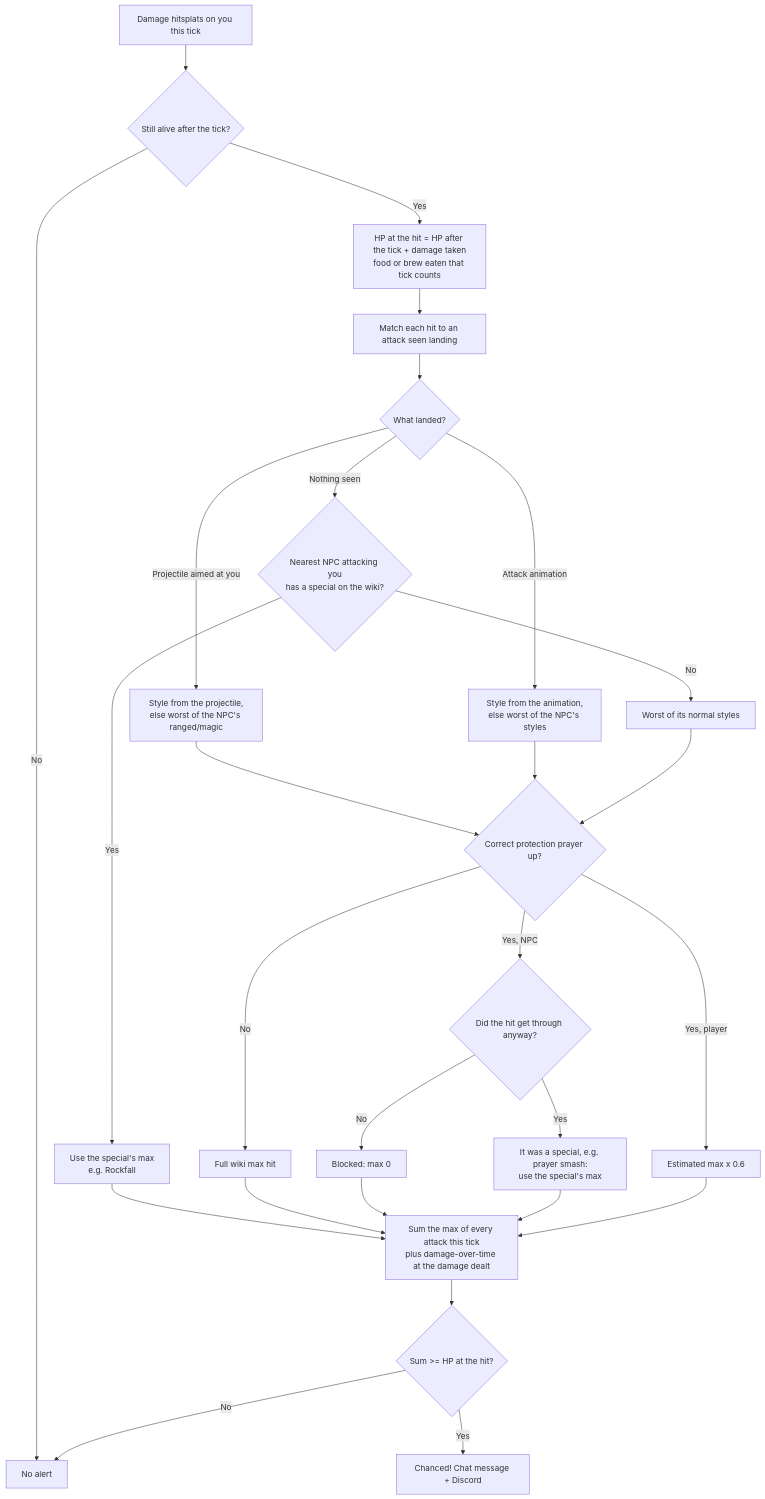
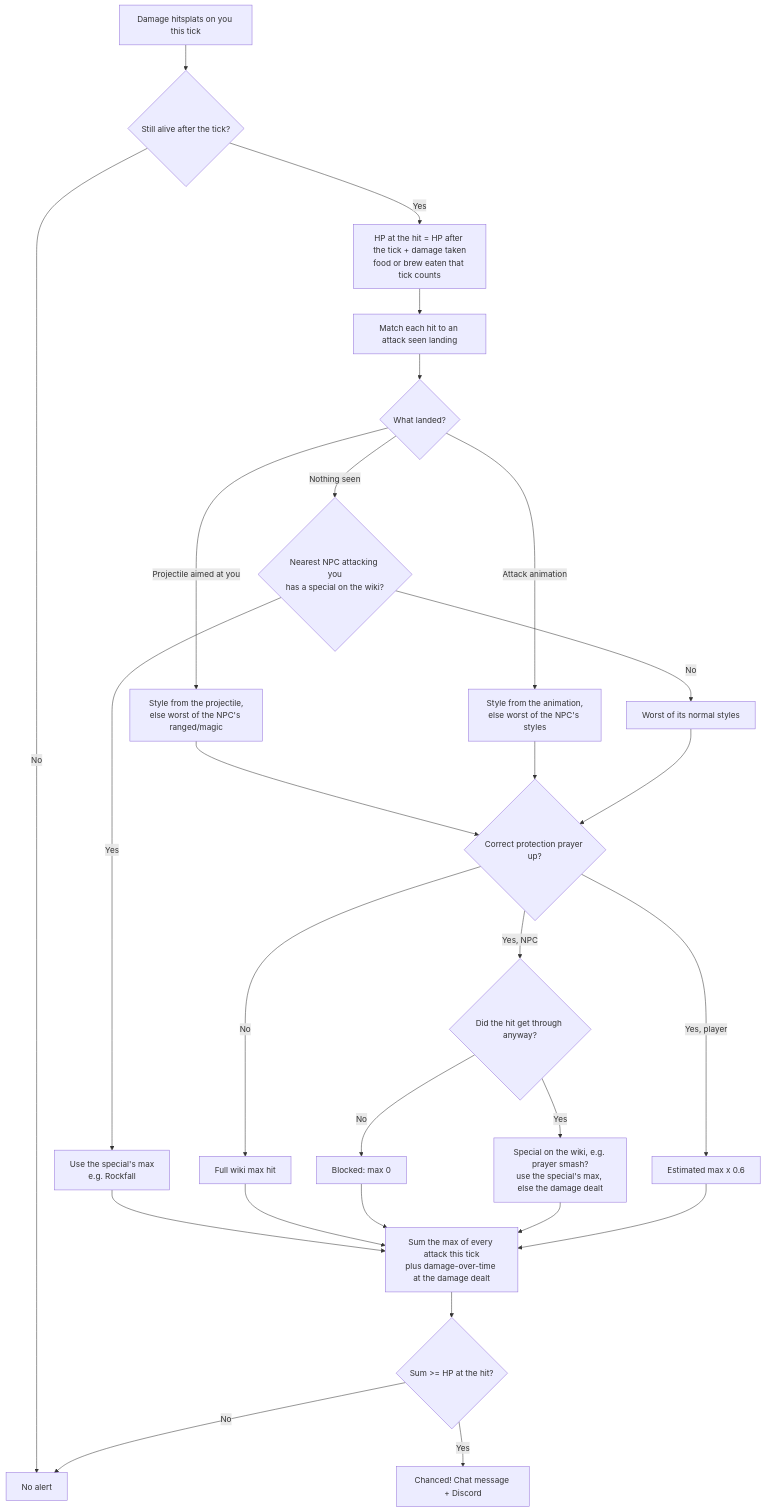
The diagram in README.md (crejaud/runelite-chanced), drawn with Mermaid before and after one commit. The commit also changed other lines of this file, not shown here.

````diff
--- a/README.md
+++ b/README.md
@@ -20,23 +20,23 @@
 ```mermaid
 flowchart TD
     A[Damage hitsplats on you this tick] --> B{Still alive after the tick?}
     B -- No --> X[No alert]
     B -- Yes --> C[HP at the hit = HP after the tick + damage taken<br/>food or brew eaten that tick counts]
     C --> D[Match each hit to an attack seen landing]
     D --> E{What landed?}
     E -- Projectile aimed at you --> F[Style from the projectile,<br/>else worst of the NPC's ranged/magic]
     E -- Attack animation --> G[Style from the animation,<br/>else worst of the NPC's styles]
     E -- Nothing seen --> H{Nearest NPC attacking you<br/>has a special on the wiki?}
     H -- Yes --> I[Use the special's max<br/>e.g. Rockfall]
     H -- No --> J[Worst of its normal styles]
     F & G & J --> L{Correct protection prayer up?}
     L -- "No" --> M[Full wiki max hit]
     L -- "Yes, NPC" --> N{Did the hit get through anyway?}
     N -- No --> O[Blocked: max 0]
-    N -- Yes --> P[It was a special, e.g. prayer smash:<br/>use the special's max]
+    N -- Yes --> P[Special on the wiki, e.g. prayer smash?<br/>use the special's max, else the damage dealt]
     L -- "Yes, player" --> Q[Estimated max x 0.6]
     I & M & O & P & Q --> R[Sum the max of every attack this tick<br/>plus damage-over-time at the damage dealt]
     R --> S{Sum >= HP at the hit?}
     S -- Yes --> T[Chanced! Chat message + Discord]
     S -- No --> X
 ```
````
